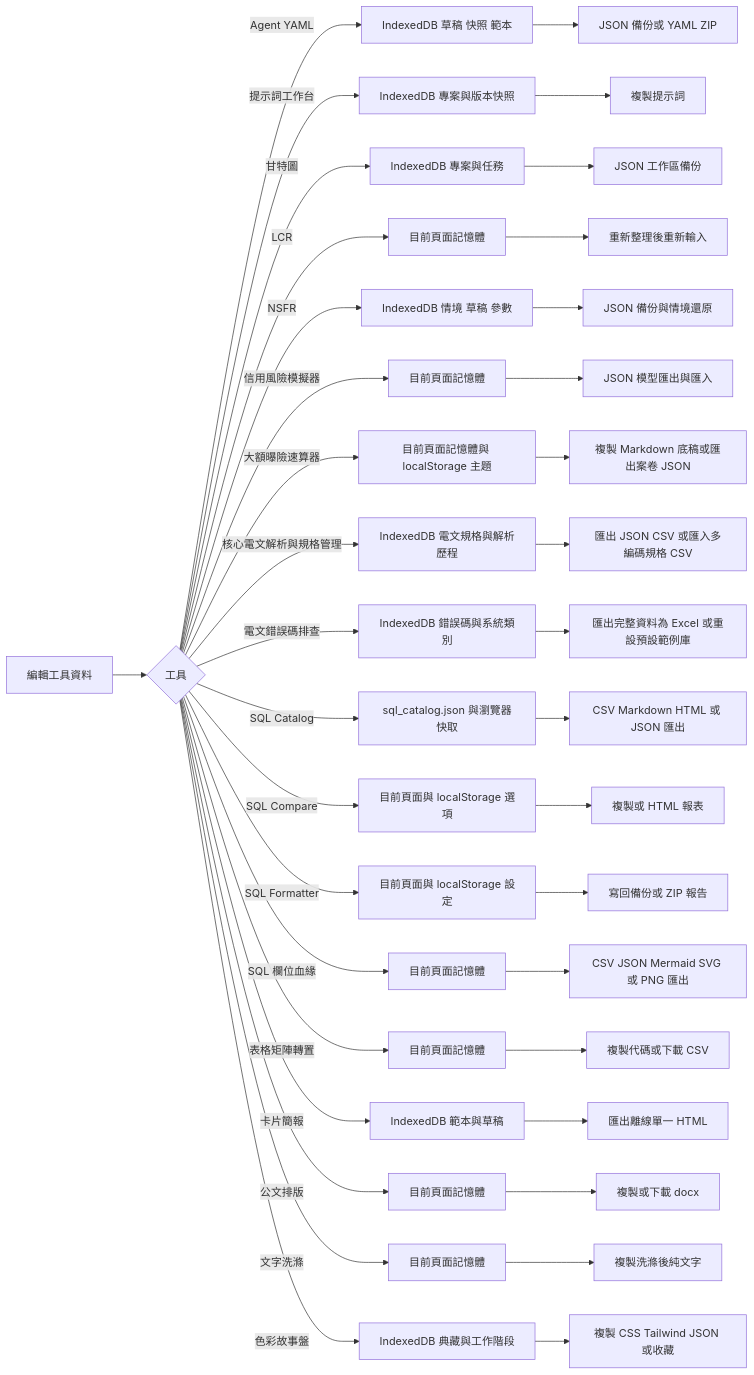
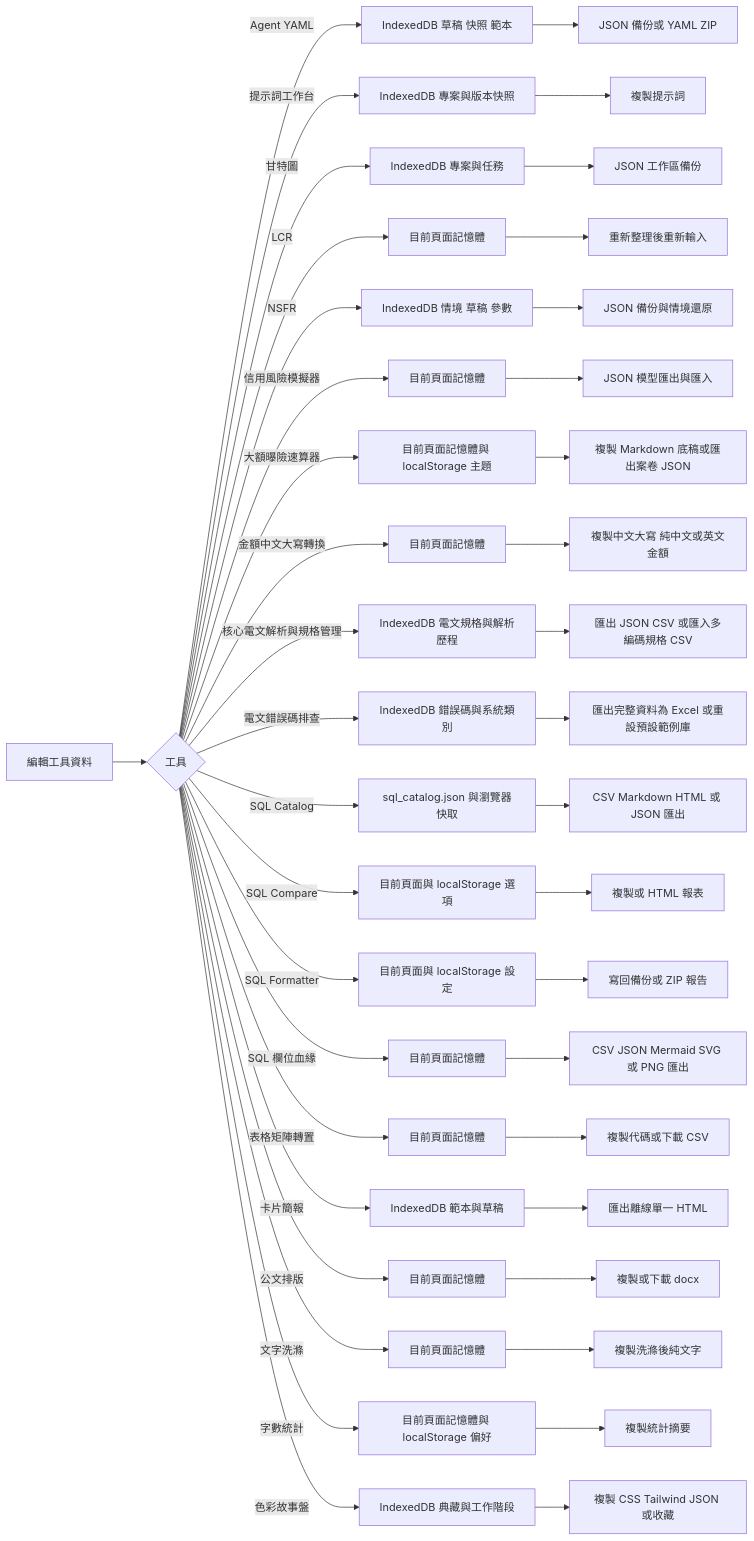
Before and after one commit to DunkLiao/my-spa-tools: diagram 23 of 23 in README.md, drawn with Mermaid. The commit also changed other lines of this file and 4 other files, not shown here.

````diff
--- a/README.md
+++ b/README.md
@@ -1073,40 +1178,44 @@
 ```mermaid
 flowchart LR
     A[編輯工具資料] --> B{工具}
     B -->|Agent YAML| C[IndexedDB 草稿 快照 範本]
     B -->|提示詞工作台| AE[IndexedDB 專案與版本快照]
     B -->|甘特圖| D[IndexedDB 專案與任務]
     B -->|LCR| E[目前頁面記憶體]
     B -->|NSFR| K[IndexedDB 情境 草稿 參數]
     B -->|信用風險模擬器| U[目前頁面記憶體]
     B -->|大額曝險速算器| AK[目前頁面記憶體與 localStorage 主題]
+    B -->|金額中文大寫轉換| MU[目前頁面記憶體]
     B -->|核心電文解析與規格管理| AT[IndexedDB 電文規格與解析歷程]
     B -->|電文錯誤碼排查| AZ[IndexedDB 錯誤碼與系統類別]
     B -->|SQL Catalog| I[sql_catalog.json 與瀏覽器快取]
     B -->|SQL Compare| M[目前頁面與 localStorage 選項]
     B -->|SQL Formatter| N[目前頁面與 localStorage 設定]
     B -->|SQL 欄位血緣| R[目前頁面記憶體]
     B -->|表格矩陣轉置| AG[目前頁面記憶體]
     B -->|卡片簡報| W[IndexedDB 範本與草稿]
     B -->|公文排版| Y[目前頁面記憶體]
     B -->|文字洗滌| AC[目前頁面記憶體]
+    B -->|字數統計| WB[目前頁面記憶體與 localStorage 偏好]
     B -->|色彩故事盤| AA[IndexedDB 典藏與工作階段]
     C --> F[JSON 備份或 YAML ZIP]
     D --> G[JSON 工作區備份]
     E --> H[重新整理後重新輸入]
     K --> L[JSON 備份與情境還原]
     U --> V[JSON 模型匯出與匯入]
     AK --> AN[複製 Markdown 底稿或匯出案卷 JSON]
+    MU --> MV[複製中文大寫 純中文或英文金額]
     AT --> AY[匯出 JSON CSV 或匯入多編碼規格 CSV]
     AZ --> BA[匯出完整資料為 Excel 或重設預設範例庫]
     I --> J[CSV Markdown HTML 或 JSON 匯出]
     M --> O[複製或 HTML 報表]
     N --> P[寫回備份或 ZIP 報告]
     R --> S[CSV JSON Mermaid SVG 或 PNG 匯出]
     AG --> AH[複製代碼或下載 CSV]
     W --> X[匯出離線單一 HTML]
     Y --> Z[複製或下載 docx]
     AC --> AD[複製洗滌後純文字]
+    WB --> WE[複製統計摘要]
     AA --> AB[複製 CSS Tailwind JSON 或收藏]
     AE --> AF[複製提示詞]
 ```
````
